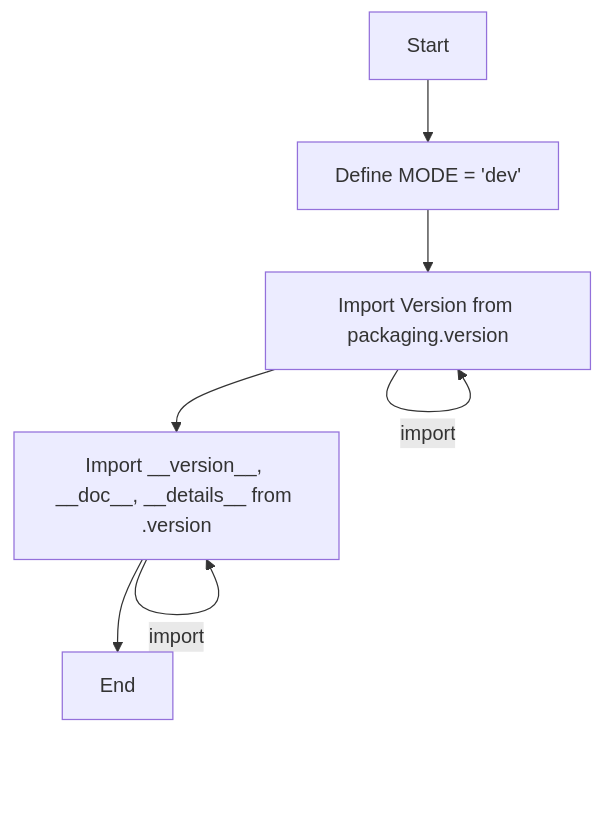
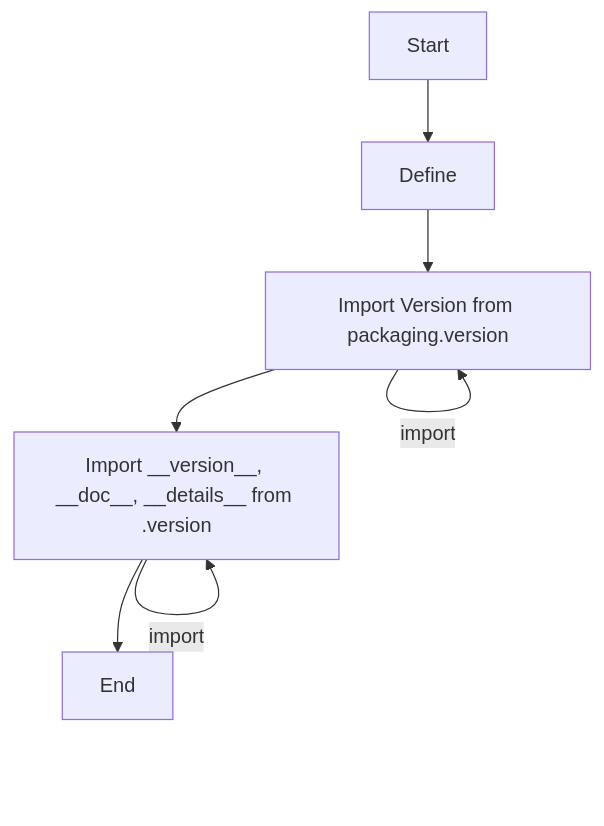
One commit to hypo69/hypo changed the diagram in docs/gemini/ru/explainer/src/ai/openai/_examples/__init__.py.md. Above: the diagram before and after it, drawn with Mermaid. The commit also changed other lines of this file and 6031 other files, not shown here.

````diff
--- a/docs/gemini/ru/explainer/src/ai/openai/_examples/__init__.py.md
+++ b/docs/gemini/ru/explainer/src/ai/openai/_examples/__init__.py.md
@@ -15,12 +15,12 @@
 ```mermaid
 flowchart TD
-    Start --> DefineMode[Define MODE = 'dev'];
+    Start --> DefineMode[Define ];
     DefineMode --> ImportVersionClass[Import Version from packaging.version];
     ImportVersionClass --> ImportVersionData[Import __version__, __doc__, __details__ from .version];
     ImportVersionData --> End;
    
     classDef import fill:#f9f,stroke:#333,stroke-width:2px
     ImportVersionClass-->|import| ImportVersionClass
     ImportVersionData-->|import| ImportVersionData
     
 ```
````
